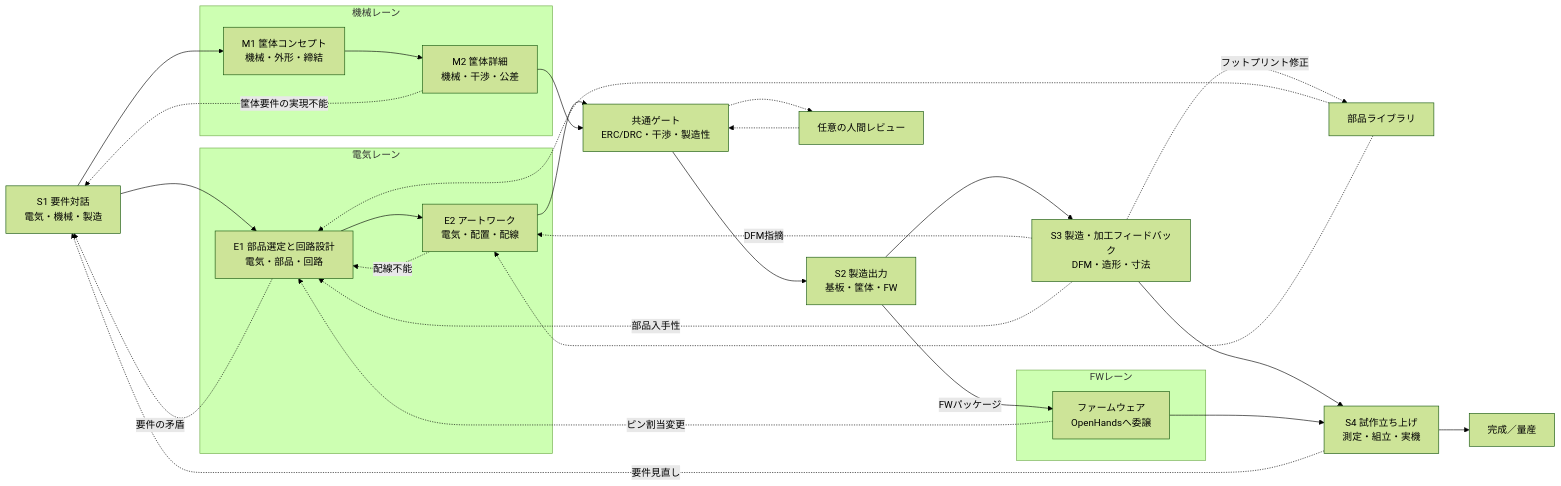
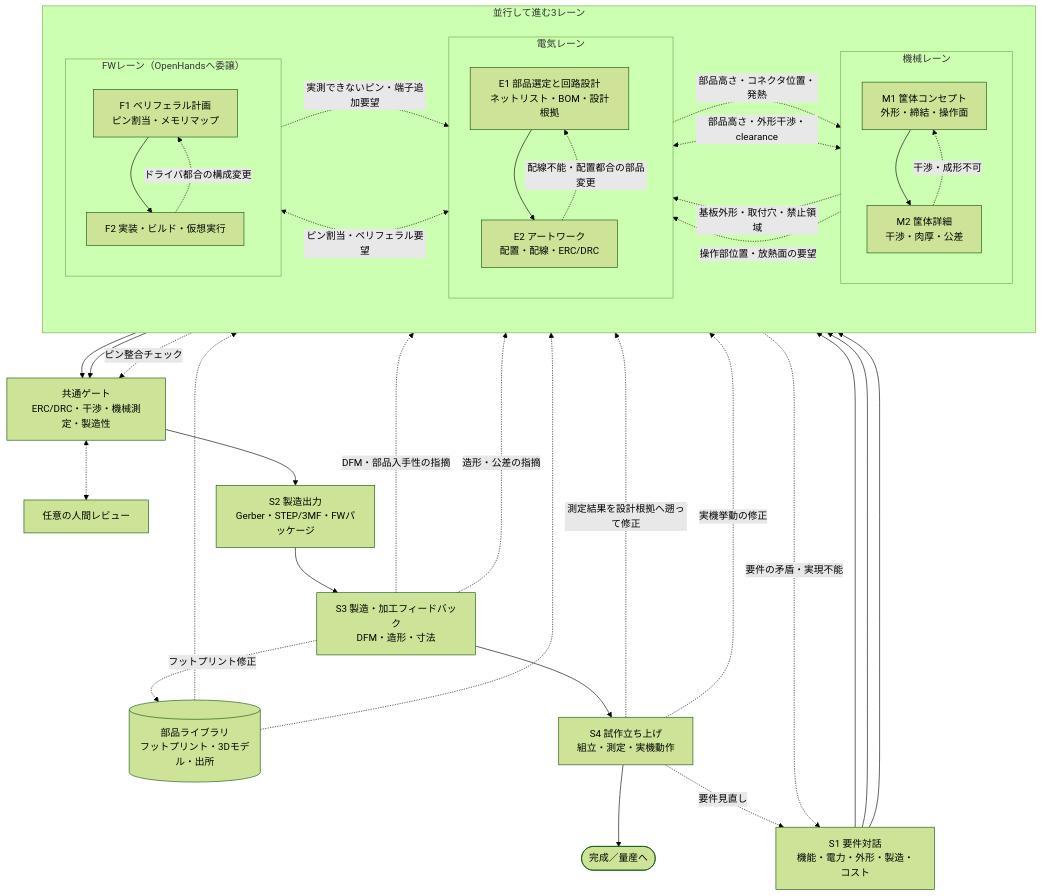
The diagram in README.md (uist1idrju3i/acd-agent), drawn with Mermaid (forest theme) before and after one commit. The commit also changed other lines of this file, not shown here.

Commit message:
READMEにコマンド一覧と将来展望を追加し設計フロー図をレーン間の要望込みへ更新

````diff
--- a/README.md
+++ b/README.md
@@ -152,40 +194,61 @@
 ```mermaid
-flowchart LR
-    S1["S1 要件対話<br/>電気・機械・製造"]
-    subgraph ELEC["電気レーン"]
-        E1["E1 部品選定と回路設計<br/>電気・部品・回路"]
-        E2["E2 アートワーク<br/>電気・配置・配線"]
+flowchart TB
+    S1["S1 要件対話<br/>機能・電力・外形・製造・コスト"]
+
+    subgraph LANES["並行して進む3レーン"]
+        direction LR
+        subgraph ELEC["電気レーン"]
+            direction TB
+            E1["E1 部品選定と回路設計<br/>ネットリスト・BOM・設計根拠"]
+            E2["E2 アートワーク<br/>配置・配線・ERC/DRC"]
+            E1 --> E2
+            E2 -.->|"配線不能・配置都合の部品変更"| E1
+        end
+        subgraph MECH["機械レーン"]
+            direction TB
+            M1["M1 筐体コンセプト<br/>外形・締結・操作面"]
+            M2["M2 筐体詳細<br/>干渉・肉厚・公差"]
+            M1 --> M2
+            M2 -.->|"干渉・成形不可"| M1
+        end
+        subgraph FWLANE["FWレーン（OpenHandsへ委譲）"]
+            direction TB
+            F1["F1 ペリフェラル計画<br/>ピン割当・メモリマップ"]
+            F2["F2 実装・ビルド・仮想実行"]
+            F1 --> F2
+            F2 -.->|"ドライバ都合の構成変更"| F1
+        end
+
+        E1 <-.->|"ピン割当・ペリフェラル要望"| F1
+        E1 -.->|"部品高さ・コネクタ位置・発熱"| M1
+        M1 -.->|"基板外形・取付穴・禁止領域"| E1
+        E2 <-.->|"部品高さ・外形干渉・clearance"| M2
+        M2 -.->|"操作部位置・放熱面の要望"| E2
+        F2 -.->|"実測できないピン・端子追加要望"| E2
     end
-    subgraph MECH["機械レーン"]
-        M1["M1 筐体コンセプト<br/>機械・外形・締結"]
-        M2["M2 筐体詳細<br/>機械・干渉・公差"]
-    end
-    subgraph FWLANE["FWレーン"]
-        FW["ファームウェア<br/>OpenHandsへ委譲"]
-    end
-    LIB["部品ライブラリ"]
+
+    LIB[("部品ライブラリ<br/>フットプリント・3Dモデル・出所")]
     S1 --> E1
     S1 --> M1
-    E1 --> E2
-    M1 --> M2
-    E2 --> G["共通ゲート<br/>ERC/DRC・干渉・製造性"]
-    M2 --> G
-    G --> S2["S2 製造出力<br/>基板・筐体・FW"]
-    S2 --> S3["S3 製造・加工フィードバック<br/>DFM・造形・寸法"]
-    S3 --> S4["S4 試作立ち上げ<br/>測定・組立・実機"]
-    S4 --> DONE["完成／量産"]
-    S2 -->|FWパッケージ| FW
-    FW --> S4
+    S1 --> F1
     LIB -.-> E1
     LIB -.-> E2
-    G -.-> HR["任意の人間レビュー"]
-    HR -.-> G
-    E1 -.->|要件の矛盾| S1
-    E2 -.->|配線不能| E1
-    M2 -.->|筐体要件の実現不能| S1
-    S3 -.->|DFM指摘| E2
-    S3 -.->|部品入手性| E1
-    S3 -.->|フットプリント修正| LIB
-    FW -.->|ピン割当変更| E1
-    S4 -.->|要件見直し| S1
+
+    E2 --> G["共通ゲート<br/>ERC/DRC・干渉・機械測定・製造性"]
+    M2 --> G
+    F2 -.->|"ピン整合チェック"| G
+    G <-.-> HR["任意の人間レビュー"]
+
+    G --> S2["S2 製造出力<br/>Gerber・STEP/3MF・FWパッケージ"]
+    S2 --> S3["S3 製造・加工フィードバック<br/>DFM・造形・寸法"]
+    S3 --> S4["S4 試作立ち上げ<br/>組立・測定・実機動作"]
+    S4 --> DONE(["完成／量産へ"])
+
+    S3 -.->|"DFM・部品入手性の指摘"| E2
+    S3 -.->|"造形・公差の指摘"| M2
+    S3 -.->|"フットプリント修正"| LIB
+    S4 -.->|"測定結果を設計根拠へ遡って修正"| E1
+    S4 -.->|"実機挙動の修正"| F2
+    S4 -.->|"要件見直し"| S1
+    E1 -.->|"要件の矛盾・実現不能"| S1
 ```
````
